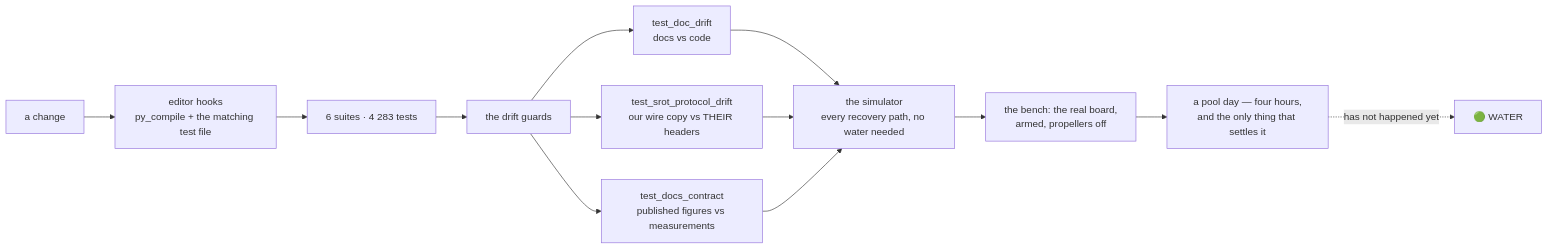
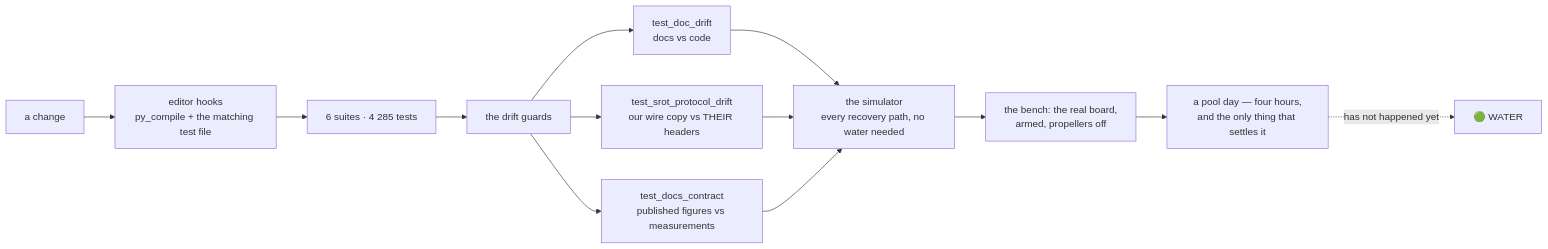
One commit to fh1m/mongla_ws changed the ninth of 10 diagrams in README.md. Above: the diagram before and after it, drawn with Mermaid. The commit also changed other lines of this file and 4 other files, not shown here.

````diff
--- a/README.md
+++ b/README.md
@@ -752,15 +752,15 @@
 ```mermaid
 flowchart LR
     DEV["a change"] --> HOOK["editor hooks<br/>py_compile + the matching test file"]
-    HOOK --> UNIT["6 suites · 4 283 tests"]
+    HOOK --> UNIT["6 suites · 4 285 tests"]
     UNIT --> GUARD["the drift guards"]
     GUARD --> G1["test_doc_drift<br/>docs vs code"]
     GUARD --> G2["test_srot_protocol_drift<br/>our wire copy vs THEIR headers"]
     GUARD --> G3["test_docs_contract<br/>published figures vs measurements"]
     G1 --> SIM["the simulator<br/>every recovery path, no water needed"]
     G2 --> SIM
     G3 --> SIM
     SIM --> BENCH["the bench: the real board,<br/>armed, propellers off"]
     BENCH --> POOL["a pool day — four hours,<br/>and the only thing that settles it"]
     POOL -.->|"has not happened yet"| WATER["🟢 WATER"]
 ```
````
